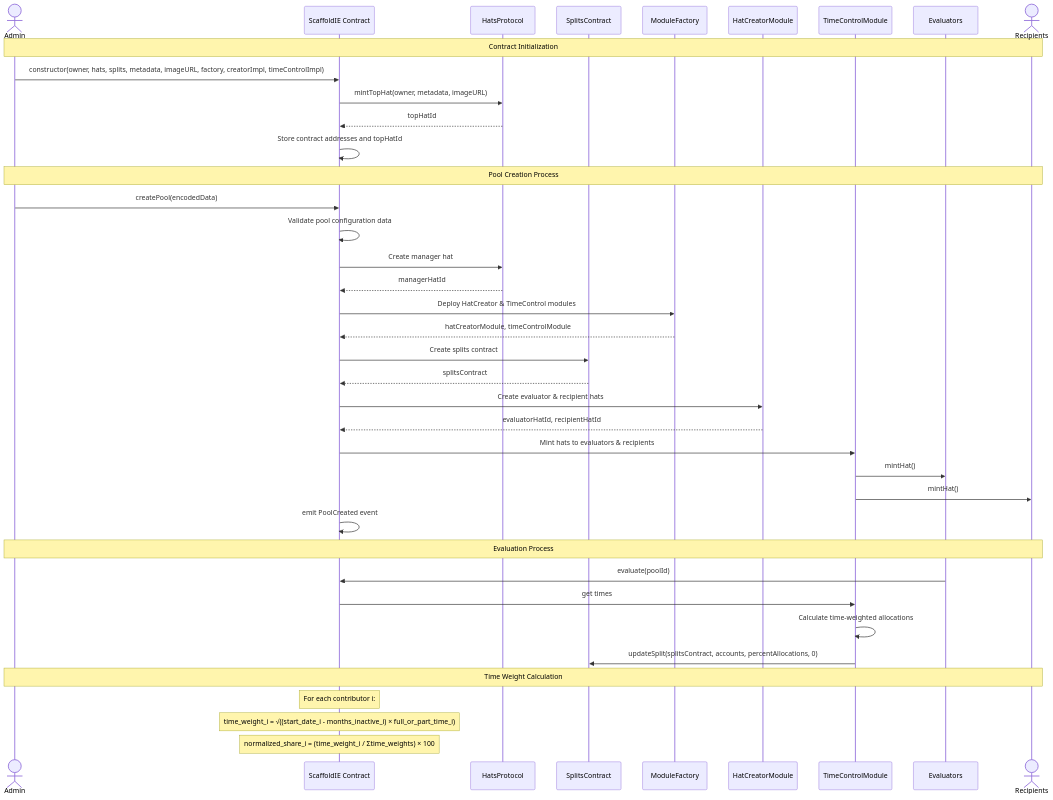
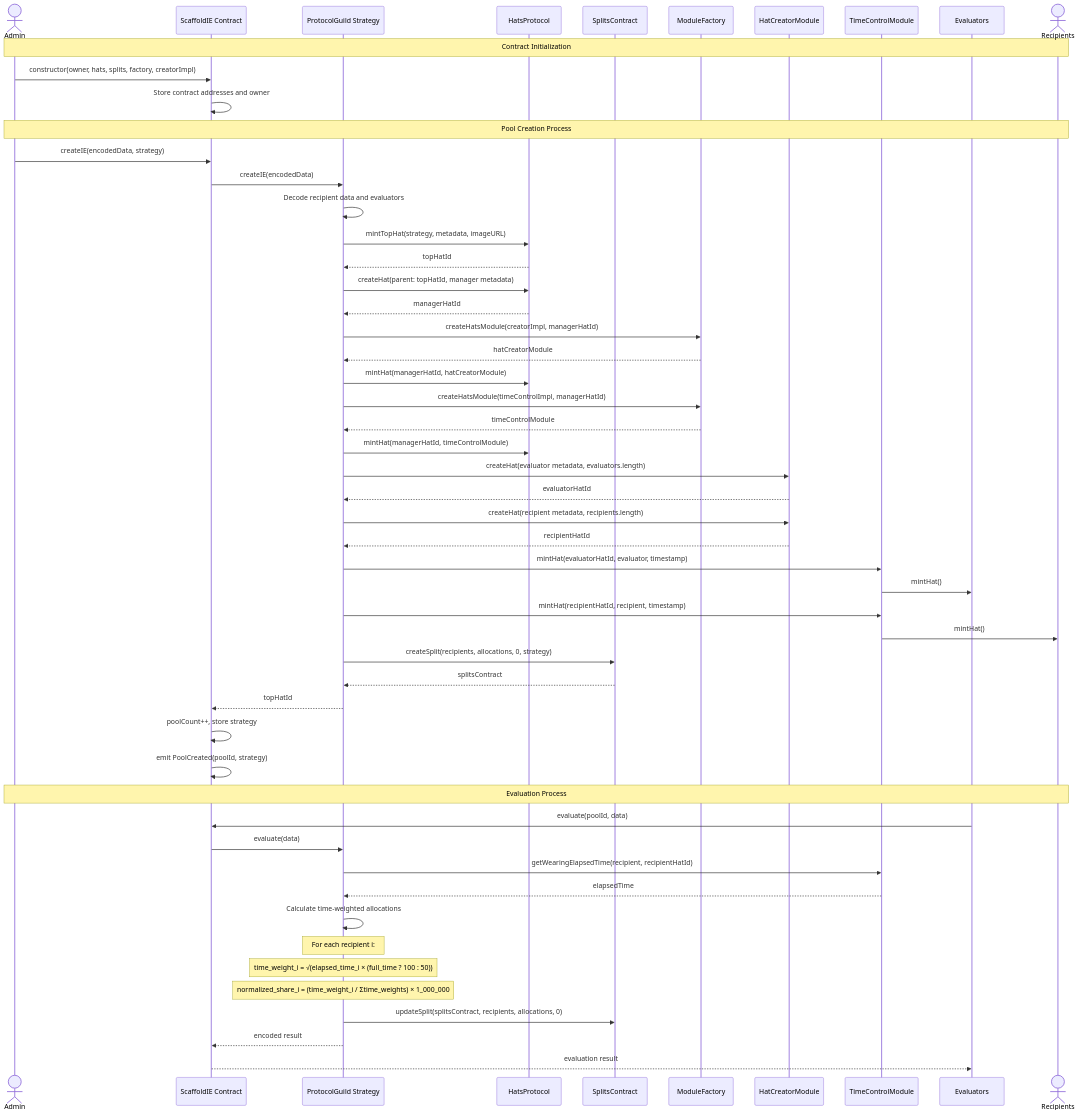
The diagram in README.md (tnkshuuhei/ie-framework), drawn with Mermaid before and after one commit. The commit also changed other lines of this file, not shown here.

````diff
--- a/README.md
+++ b/README.md
@@ -73,52 +73,69 @@
 ```mermaid
 sequenceDiagram
     actor Admin
     participant IE as ScaffoldIE Contract
+    participant Strategy as ProtocolGuild Strategy
     participant Hats as HatsProtocol
     participant Splits as SplitsContract
     participant Factory as ModuleFactory
     participant Creator as HatCreatorModule
     participant TimeControl as TimeControlModule
     participant Evaluators
     actor Recipients
 
     Note over Admin,Recipients: Contract Initialization
-    Admin->>IE: constructor(owner, hats, splits, metadata, imageURL, factory, creatorImpl, timeControlImpl)
-    IE->>Hats: mintTopHat(owner, metadata, imageURL)
-    Hats-->>IE: topHatId
-    IE->>IE: Store contract addresses and topHatId
+    Admin->>IE: constructor(owner, hats, splits, factory, creatorImpl)
+    IE->>IE: Store contract addresses and owner
 
     Note over Admin,Recipients: Pool Creation Process
-    Admin->>IE: createPool(encodedData)
-    IE->>IE: Validate pool configuration data
+    Admin->>IE: createIE(encodedData, strategy)
+    IE->>Strategy: createIE(encodedData)
+    Strategy->>Strategy: Decode recipient data and evaluators
 
-    IE->>Hats: Create manager hat
-    Hats-->>IE: managerHatId
+    Strategy->>Hats: mintTopHat(strategy, metadata, imageURL)
+    Hats-->>Strategy: topHatId
 
-    IE->>Factory: Deploy HatCreator & TimeControl modules
-    Factory-->>IE: hatCreatorModule, timeControlModule
+    Strategy->>Hats: createHat(parent: topHatId, manager metadata)
+    Hats-->>Strategy: managerHatId
 
-    IE->>Splits: Create splits contract
-    Splits-->>IE: splitsContract
+    Strategy->>Factory: createHatsModule(creatorImpl, managerHatId)
+    Factory-->>Strategy: hatCreatorModule
+    Strategy->>Hats: mintHat(managerHatId, hatCreatorModule)
 
-    IE->>Creator: Create evaluator & recipient hats
-    Creator-->>IE: evaluatorHatId, recipientHatId
+    Strategy->>Factory: createHatsModule(timeControlImpl, managerHatId)
+    Factory-->>Strategy: timeControlModule
+    Strategy->>Hats: mintHat(managerHatId, timeControlModule)
 
-    IE->>TimeControl: Mint hats to evaluators & recipients
-		TimeControl ->> Evaluators: mintHat()
-		TimeControl ->> Recipients: mintHat()
+    Strategy->>Creator: createHat(evaluator metadata, evaluators.length)
+    Creator-->>Strategy: evaluatorHatId
 
-    IE->>IE: emit PoolCreated event
+    Strategy->>Creator: createHat(recipient metadata, recipients.length)
+    Creator-->>Strategy: recipientHatId
+
+    Strategy->>TimeControl: mintHat(evaluatorHatId, evaluator, timestamp)
+    TimeControl->>Evaluators: mintHat()
+    Strategy->>TimeControl: mintHat(recipientHatId, recipient, timestamp)
+    TimeControl->>Recipients: mintHat()
+
+    Strategy->>Splits: createSplit(recipients, allocations, 0, strategy)
+    Splits-->>Strategy: splitsContract
+
+    Strategy-->>IE: topHatId
+    IE->>IE: poolCount++, store strategy
+    IE->>IE: emit PoolCreated(poolId, strategy)
 
     Note over Admin,Recipients: Evaluation Process
-    Evaluators->>IE: evaluate(poolId)
-    IE ->> TimeControl: get times
+    Evaluators->>IE: evaluate(poolId, data)
+    IE->>Strategy: evaluate(data)
+    Strategy->>TimeControl: getWearingElapsedTime(recipient, recipientHatId)
+    TimeControl-->>Strategy: elapsedTime
 
-    TimeControl->>TimeControl: Calculate time-weighted allocations
-    TimeControl->>Splits: updateSplit(splitsContract, accounts, percentAllocations, 0)
+    Strategy->>Strategy: Calculate time-weighted allocations
+    Note over Strategy: For each recipient i:
+    Note over Strategy: time_weight_i = √(elapsed_time_i × (full_time ? 100 : 50))
+    Note over Strategy: normalized_share_i = (time_weight_i / Σtime_weights) × 1_000_000
 
-    Note over Admin,Recipients: Time Weight Calculation
-    Note over IE: For each contributor i:
-    Note over IE: time_weight_i = √((start_date_i - months_inactive_i) × full_or_part_time_i)
-    Note over IE: normalized_share_i = (time_weight_i / Σtime_weights) × 100
+    Strategy->>Splits: updateSplit(splitsContract, recipients, allocations, 0)
+    Strategy-->>IE: encoded result
+    IE-->>Evaluators: evaluation result
 ```
````
